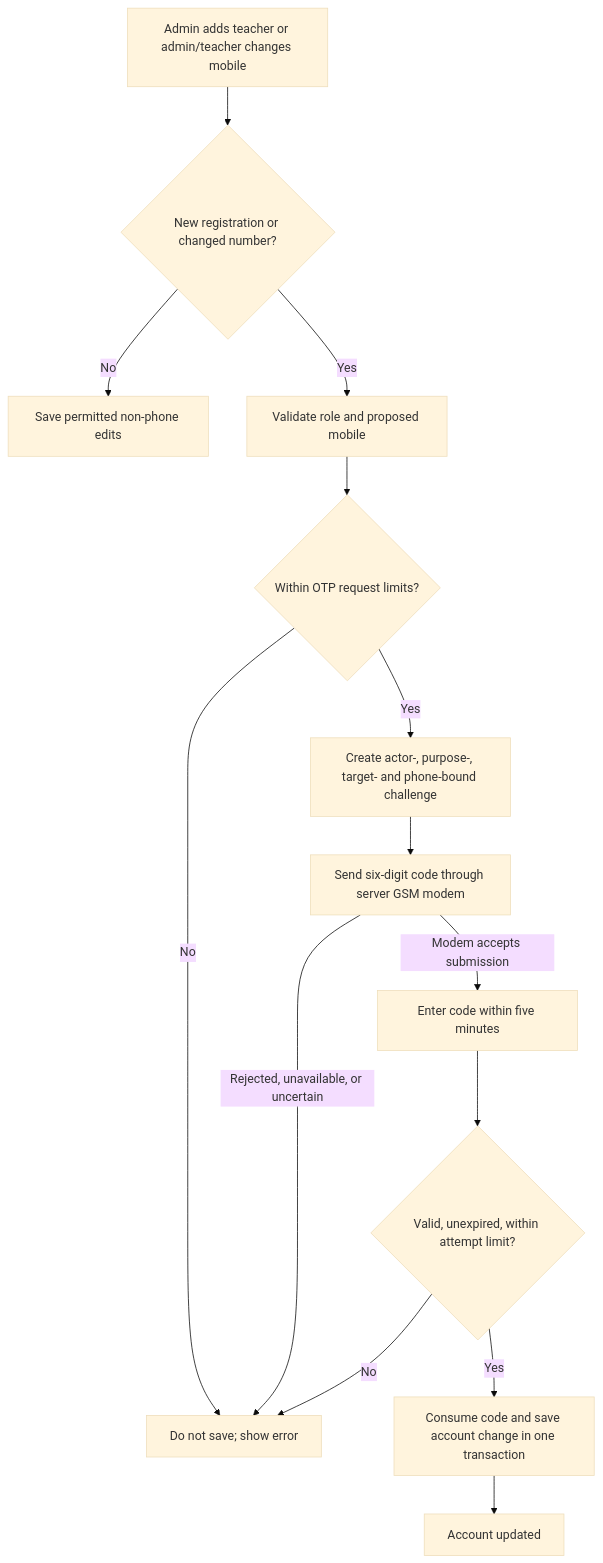
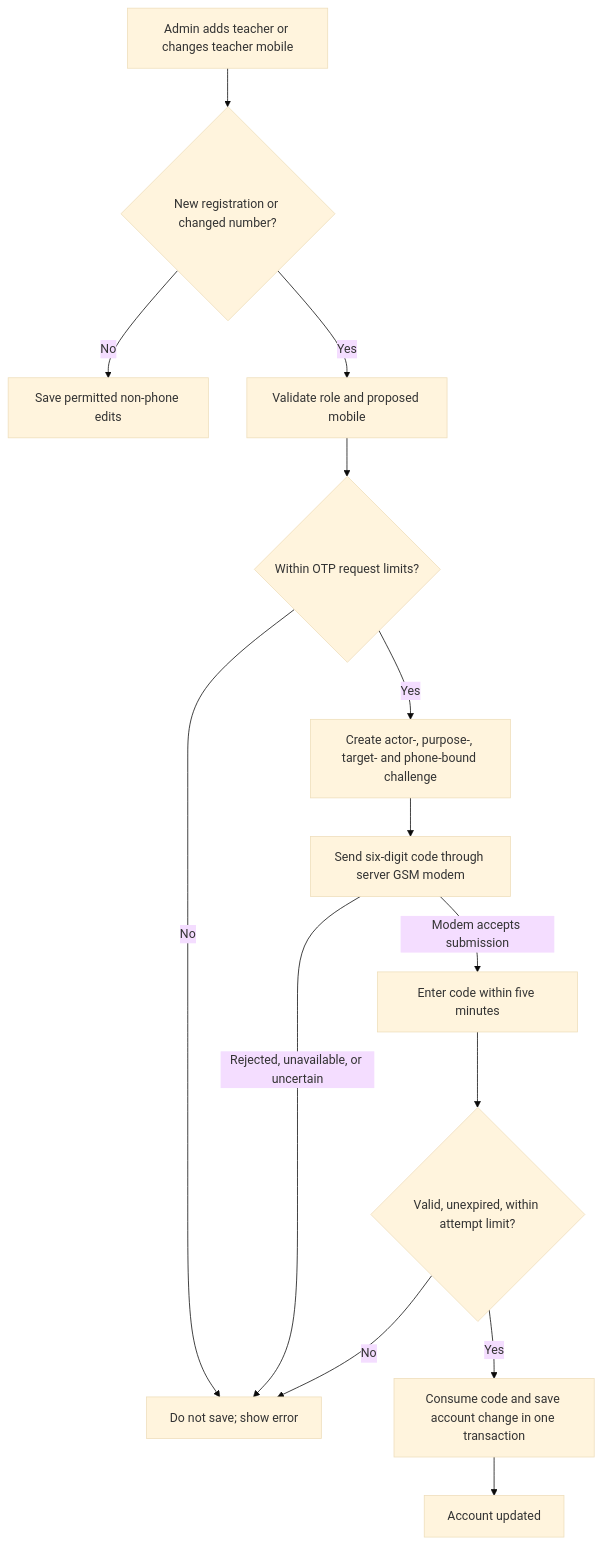
One commit to AlfredAbiera/SmartClassAC changed the third of 8 diagrams in docs/SYSTEM_FLOWCHART.md. Above: the diagram before and after it, drawn with Mermaid (base theme). The commit also changed other lines of this file and 13 other files, not shown here.

First line of the commit message:
feat(auth): restrict login to administrators only and update login flow

````diff
--- a/docs/SYSTEM_FLOWCHART.md
+++ b/docs/SYSTEM_FLOWCHART.md
@@ -48,16 +46,16 @@
 ```mermaid
 flowchart TD
-    Action[Admin adds teacher or admin/teacher changes mobile] --> Changed{New registration or changed number?}
+    Action[Admin adds teacher or changes teacher mobile] --> Changed{New registration or changed number?}
     Changed -->|No| SaveOther[Save permitted non-phone edits]
     Changed -->|Yes| Validate[Validate role and proposed mobile]
     Validate --> Limit{Within OTP request limits?}
     Limit -->|No| Block[Do not save; show error]
     Limit -->|Yes| Reserve[Create actor-, purpose-, target- and phone-bound challenge]
     Reserve --> Send[Send six-digit code through server GSM modem]
     Send -->|Rejected, unavailable, or uncertain| Block
     Send -->|Modem accepts submission| Enter[Enter code within five minutes]
     Enter --> Verify{Valid, unexpired, within attempt limit?}
     Verify -->|No| Block
     Verify -->|Yes| Commit[Consume code and save account change in one transaction]
     Commit --> Done[Account updated]
 ```
````
